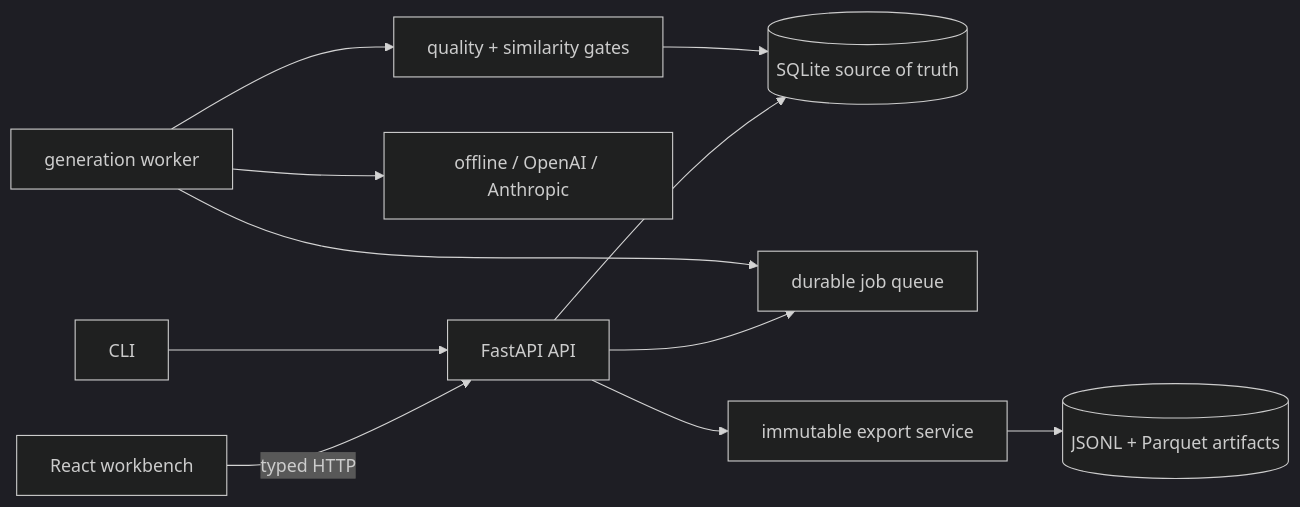
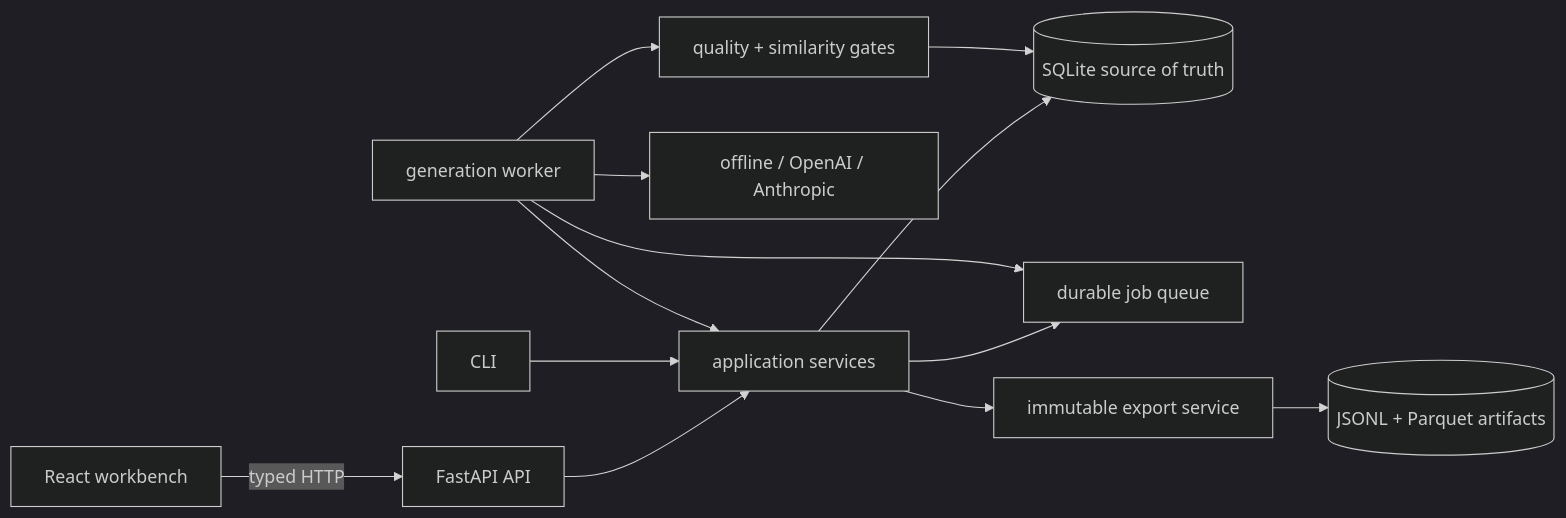
The diagram in docs/architecture.md (ownasquare/dataset-foundry), drawn with Mermaid (dark theme) before and after one commit. The commit also changed other lines of this file and 69 other files, not shown here.

````diff
--- a/docs/architecture.md
+++ b/docs/architecture.md
@@ -8,13 +8,15 @@
 ```mermaid
 flowchart LR
     UI["React workbench"] -->|"typed HTTP"| API["FastAPI API"]
-    CLI["CLI"] --> API
-    API --> DB[("SQLite source of truth")]
-    API --> JOBS["durable job queue"]
+    API --> SERVICES["application services"]
+    CLI["CLI"] --> SERVICES
+    SERVICES --> DB[("SQLite source of truth")]
+    SERVICES --> JOBS["durable job queue"]
     WORKER["generation worker"] --> JOBS
+    WORKER --> SERVICES
     WORKER --> PROVIDERS["offline / OpenAI / Anthropic"]
     WORKER --> QUALITY["quality + similarity gates"]
     QUALITY --> DB
-    API --> EXPORTS["immutable export service"]
+    SERVICES --> EXPORTS["immutable export service"]
     EXPORTS --> ARTIFACTS[("JSONL + Parquet artifacts")]
 ```
````
